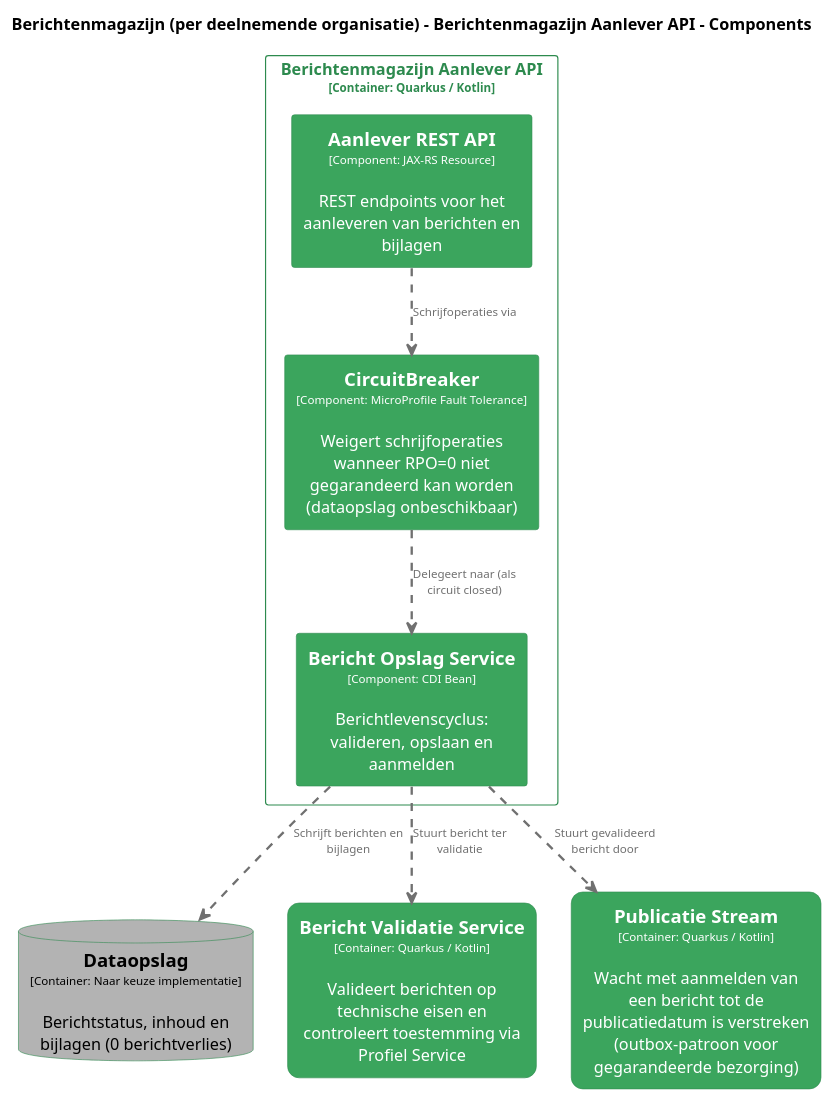
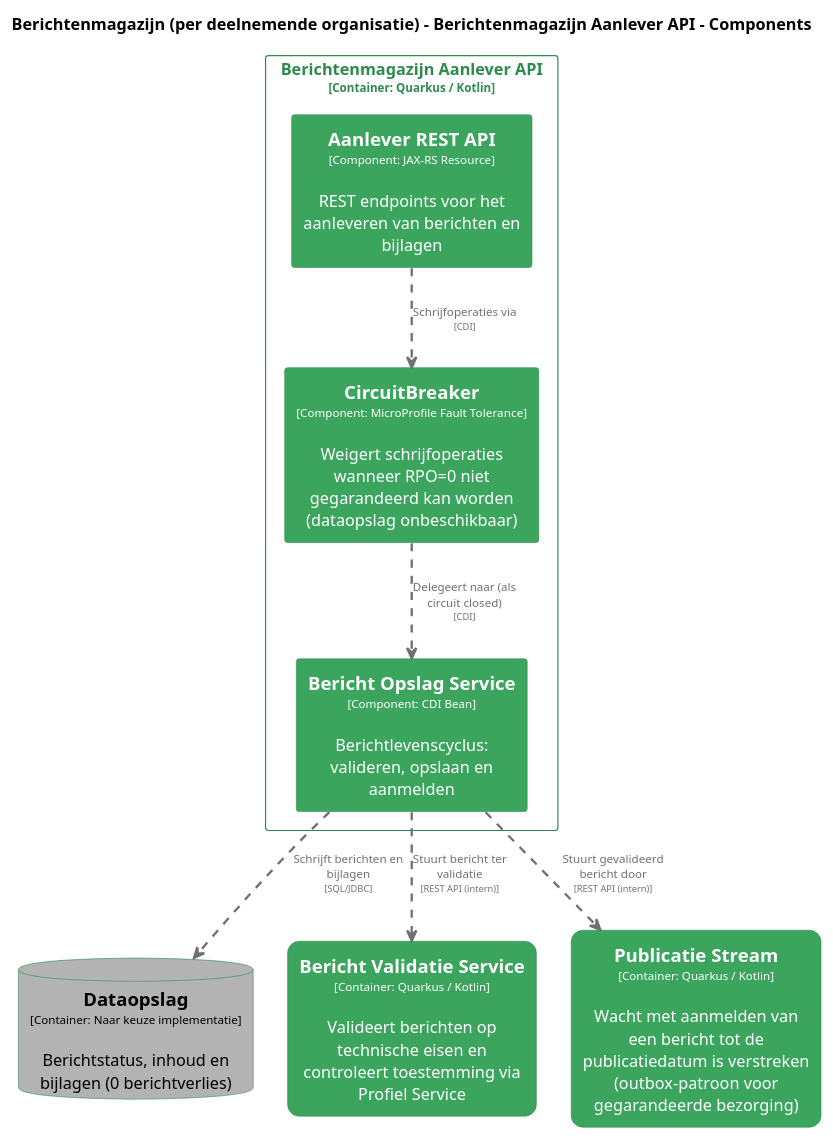
One commit to MinBZK/moza-poc-fbs-berichtenbox changed the diagram in pr-preview/pr-22/master/puml/AanleverAPIComponenten.puml. Above: the diagram before and after it, drawn with PlantUML. The commit also changed 30 other files, not shown here.

```diff
--- a/pr-preview/pr-22/master/puml/AanleverAPIComponenten.puml
+++ b/pr-preview/pr-22/master/puml/AanleverAPIComponenten.puml
@@ -1,77 +1,77 @@
 @startuml
 set separator none
 title Berichtenmagazijn (per deelnemende organisatie) - Berichtenmagazijn Aanlever API - Components
 
 top to bottom direction
 skinparam ranksep 60
 skinparam nodesep 30
 
 skinparam {
   arrowFontSize 10
   defaultTextAlignment center
   wrapWidth 200
   maxMessageSize 100
 }
 
 hide stereotype
 
 skinparam rectangle<<Berichtenmagazijnperdeelnemendeorganisatie.BerichtenmagazijnAanleverAPI.AanleverRESTAPI>> {
   BackgroundColor #3ba55d
   FontColor #ffffff
   BorderColor #2d8a4e
   shadowing false
 }
 skinparam rectangle<<Berichtenmagazijnperdeelnemendeorganisatie.BerichtenmagazijnAanleverAPI.BerichtOpslagService>> {
   BackgroundColor #3ba55d
   FontColor #ffffff
   BorderColor #2d8a4e
   shadowing false
 }
 skinparam rectangle<<Berichtenmagazijnperdeelnemendeorganisatie.BerichtValidatieService>> {
   BackgroundColor #3ba55d
   FontColor #ffffff
   BorderColor #2d8a4e
   roundCorner 20
   shadowing false
 }
 skinparam rectangle<<Berichtenmagazijnperdeelnemendeorganisatie.BerichtenmagazijnAanleverAPI.CircuitBreaker>> {
   BackgroundColor #3ba55d
   FontColor #ffffff
   BorderColor #2d8a4e
   shadowing false
 }
 skinparam database<<Berichtenmagazijnperdeelnemendeorganisatie.Dataopslag>> {
   BackgroundColor #b3b3b3
   FontColor #000000
   BorderColor #2d8a4e
   shadowing false
 }
 skinparam rectangle<<Berichtenmagazijnperdeelnemendeorganisatie.PublicatieStream>> {
   BackgroundColor #3ba55d
   FontColor #ffffff
   BorderColor #2d8a4e
   roundCorner 20
   shadowing false
 }
 skinparam rectangle<<Berichtenmagazijnperdeelnemendeorganisatie.BerichtenmagazijnAanleverAPI>> {
   BorderColor #2d8a4e
   FontColor #2d8a4e
   shadowing false
 }
 
 database "==Dataopslag\n<size:10>[Container: Naar keuze implementatie]</size>\n\nBerichtstatus, inhoud en bijlagen (0 berichtverlies)" <<Berichtenmagazijnperdeelnemendeorganisatie.Dataopslag>> as Berichtenmagazijnperdeelnemendeorganisatie.Dataopslag
 rectangle "==Bericht Validatie Service\n<size:10>[Container: Quarkus / Kotlin]</size>\n\nValideert berichten op technische eisen en controleert toestemming via Profiel Service" <<Berichtenmagazijnperdeelnemendeorganisatie.BerichtValidatieService>> as Berichtenmagazijnperdeelnemendeorganisatie.BerichtValidatieService
 rectangle "==Publicatie Stream\n<size:10>[Container: Quarkus / Kotlin]</size>\n\nWacht met aanmelden van een bericht tot de publicatiedatum is verstreken (outbox-patroon voor gegarandeerde bezorging)" <<Berichtenmagazijnperdeelnemendeorganisatie.PublicatieStream>> as Berichtenmagazijnperdeelnemendeorganisatie.PublicatieStream
 
 rectangle "Berichtenmagazijn Aanlever API\n<size:10>[Container: Quarkus / Kotlin]</size>" <<Berichtenmagazijnperdeelnemendeorganisatie.BerichtenmagazijnAanleverAPI>> {
   rectangle "==Aanlever REST API\n<size:10>[Component: JAX-RS Resource]</size>\n\nREST endpoints voor het aanleveren van berichten en bijlagen" <<Berichtenmagazijnperdeelnemendeorganisatie.BerichtenmagazijnAanleverAPI.AanleverRESTAPI>> as Berichtenmagazijnperdeelnemendeorganisatie.BerichtenmagazijnAanleverAPI.AanleverRESTAPI
   rectangle "==CircuitBreaker\n<size:10>[Component: MicroProfile Fault Tolerance]</size>\n\nWeigert schrijfoperaties wanneer RPO=0 niet gegarandeerd kan worden (dataopslag onbeschikbaar)" <<Berichtenmagazijnperdeelnemendeorganisatie.BerichtenmagazijnAanleverAPI.CircuitBreaker>> as Berichtenmagazijnperdeelnemendeorganisatie.BerichtenmagazijnAanleverAPI.CircuitBreaker
   rectangle "==Bericht Opslag Service\n<size:10>[Component: CDI Bean]</size>\n\nBerichtlevenscyclus: valideren, opslaan en aanmelden" <<Berichtenmagazijnperdeelnemendeorganisatie.BerichtenmagazijnAanleverAPI.BerichtOpslagService>> as Berichtenmagazijnperdeelnemendeorganisatie.BerichtenmagazijnAanleverAPI.BerichtOpslagService
 }
 
-Berichtenmagazijnperdeelnemendeorganisatie.BerichtenmagazijnAanleverAPI.AanleverRESTAPI .[#707070,thickness=2].> Berichtenmagazijnperdeelnemendeorganisatie.BerichtenmagazijnAanleverAPI.CircuitBreaker : "<color:#707070>Schrijfoperaties via"
-Berichtenmagazijnperdeelnemendeorganisatie.BerichtenmagazijnAanleverAPI.CircuitBreaker .[#707070,thickness=2].> Berichtenmagazijnperdeelnemendeorganisatie.BerichtenmagazijnAanleverAPI.BerichtOpslagService : "<color:#707070>Delegeert naar (als circuit closed)"
-Berichtenmagazijnperdeelnemendeorganisatie.BerichtenmagazijnAanleverAPI.BerichtOpslagService .[#707070,thickness=2].> Berichtenmagazijnperdeelnemendeorganisatie.Dataopslag : "<color:#707070>Schrijft berichten en bijlagen"
-Berichtenmagazijnperdeelnemendeorganisatie.BerichtenmagazijnAanleverAPI.BerichtOpslagService .[#707070,thickness=2].> Berichtenmagazijnperdeelnemendeorganisatie.BerichtValidatieService : "<color:#707070>Stuurt bericht ter validatie"
-Berichtenmagazijnperdeelnemendeorganisatie.BerichtenmagazijnAanleverAPI.BerichtOpslagService .[#707070,thickness=2].> Berichtenmagazijnperdeelnemendeorganisatie.PublicatieStream : "<color:#707070>Stuurt gevalideerd bericht door"
+Berichtenmagazijnperdeelnemendeorganisatie.BerichtenmagazijnAanleverAPI.AanleverRESTAPI .[#707070,thickness=2].> Berichtenmagazijnperdeelnemendeorganisatie.BerichtenmagazijnAanleverAPI.CircuitBreaker : "<color:#707070>Schrijfoperaties via\n<color:#707070><size:8>[CDI]</size>"
+Berichtenmagazijnperdeelnemendeorganisatie.BerichtenmagazijnAanleverAPI.CircuitBreaker .[#707070,thickness=2].> Berichtenmagazijnperdeelnemendeorganisatie.BerichtenmagazijnAanleverAPI.BerichtOpslagService : "<color:#707070>Delegeert naar (als circuit closed)\n<color:#707070><size:8>[CDI]</size>"
+Berichtenmagazijnperdeelnemendeorganisatie.BerichtenmagazijnAanleverAPI.BerichtOpslagService .[#707070,thickness=2].> Berichtenmagazijnperdeelnemendeorganisatie.Dataopslag : "<color:#707070>Schrijft berichten en bijlagen\n<color:#707070><size:8>[SQL/JDBC]</size>"
+Berichtenmagazijnperdeelnemendeorganisatie.BerichtenmagazijnAanleverAPI.BerichtOpslagService .[#707070,thickness=2].> Berichtenmagazijnperdeelnemendeorganisatie.BerichtValidatieService : "<color:#707070>Stuurt bericht ter validatie\n<color:#707070><size:8>[REST API (intern)]</size>"
+Berichtenmagazijnperdeelnemendeorganisatie.BerichtenmagazijnAanleverAPI.BerichtOpslagService .[#707070,thickness=2].> Berichtenmagazijnperdeelnemendeorganisatie.PublicatieStream : "<color:#707070>Stuurt gevalideerd bericht door\n<color:#707070><size:8>[REST API (intern)]</size>"
 @enduml
```
